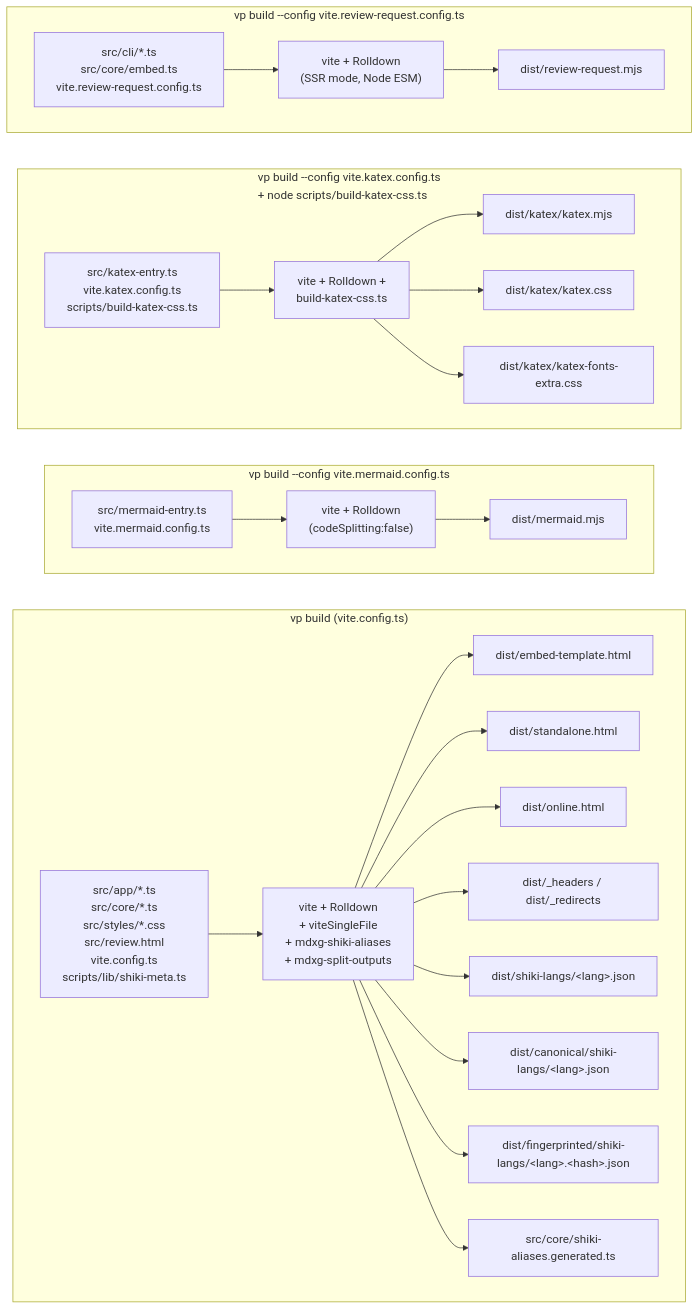
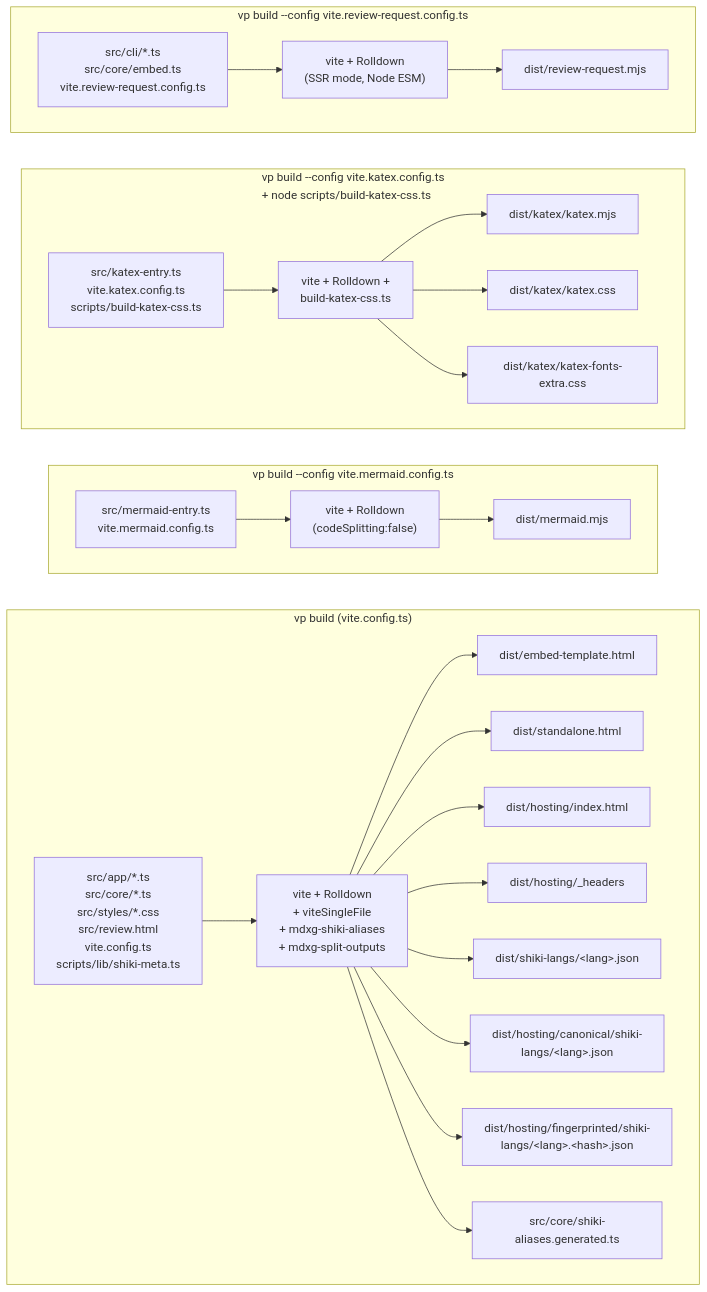
Before and after one commit to oubakiou/mdxg-redline: the second of 2 diagrams in docs/DESIGN.md, drawn with Mermaid. The commit also changed other lines of this file and 477 other files, not shown here.

````diff
--- a/docs/DESIGN.md
+++ b/docs/DESIGN.md
@@ -986,38 +986,38 @@
 ```mermaid
 flowchart LR
     subgraph C1["vp build (vite.config.ts)"]
         direction LR
         I1["src/app/*.ts<br/>src/core/*.ts<br/>src/styles/*.css<br/>src/review.html<br/>vite.config.ts<br/>scripts/lib/shiki-meta.ts"]
         B1["vite + Rolldown<br/>+ viteSingleFile<br/>+ mdxg-shiki-aliases<br/>+ mdxg-split-outputs"]
         I1 --> B1
         B1 --> O1a["dist/embed-template.html"]
         B1 --> O1b["dist/standalone.html"]
-        B1 --> O1e["dist/online.html"]
-        B1 --> O1f["dist/_headers / dist/_redirects"]
+        B1 --> O1e["dist/hosting/index.html"]
+        B1 --> O1f["dist/hosting/_headers"]
         B1 --> O1c["dist/shiki-langs/&lt;lang&gt;.json"]
-        B1 --> O1g["dist/canonical/shiki-langs/&lt;lang&gt;.json"]
-        B1 --> O1h["dist/fingerprinted/shiki-langs/&lt;lang&gt;.&lt;hash&gt;.json"]
+        B1 --> O1g["dist/hosting/canonical/shiki-langs/&lt;lang&gt;.json"]
+        B1 --> O1h["dist/hosting/fingerprinted/shiki-langs/&lt;lang&gt;.&lt;hash&gt;.json"]
         B1 --> O1d["src/core/shiki-aliases.generated.ts"]
     end
     subgraph C2["vp build --config vite.mermaid.config.ts"]
         direction LR
         I2["src/mermaid-entry.ts<br/>vite.mermaid.config.ts"]
         B2["vite + Rolldown<br/>(codeSplitting:false)"]
         I2 --> B2 --> O2["dist/mermaid.mjs"]
     end
     subgraph C3["vp build --config vite.katex.config.ts<br/>+ node scripts/build-katex-css.ts"]
         direction LR
         I3["src/katex-entry.ts<br/>vite.katex.config.ts<br/>scripts/build-katex-css.ts"]
         B3["vite + Rolldown +<br/>build-katex-css.ts"]
         I3 --> B3
         B3 --> O3a["dist/katex/katex.mjs"]
         B3 --> O3b["dist/katex/katex.css"]
         B3 --> O3c["dist/katex/katex-fonts-extra.css"]
     end
     subgraph C4["vp build --config vite.review-request.config.ts"]
         direction LR
         I4["src/cli/*.ts<br/>src/core/embed.ts<br/>vite.review-request.config.ts"]
         B4["vite + Rolldown<br/>(SSR mode, Node ESM)"]
         I4 --> B4 --> O4["dist/review-request.mjs"]
     end
 ```
````
